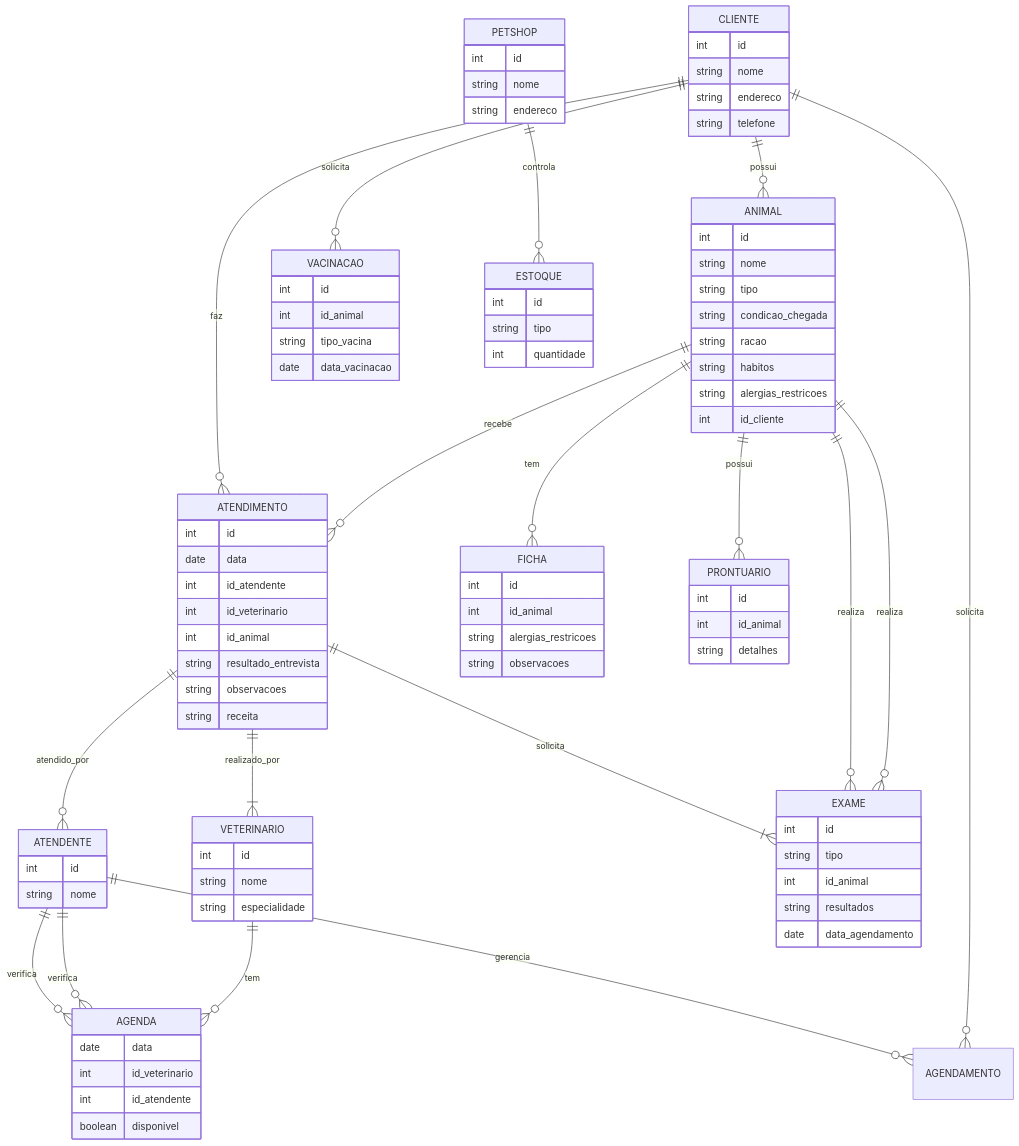
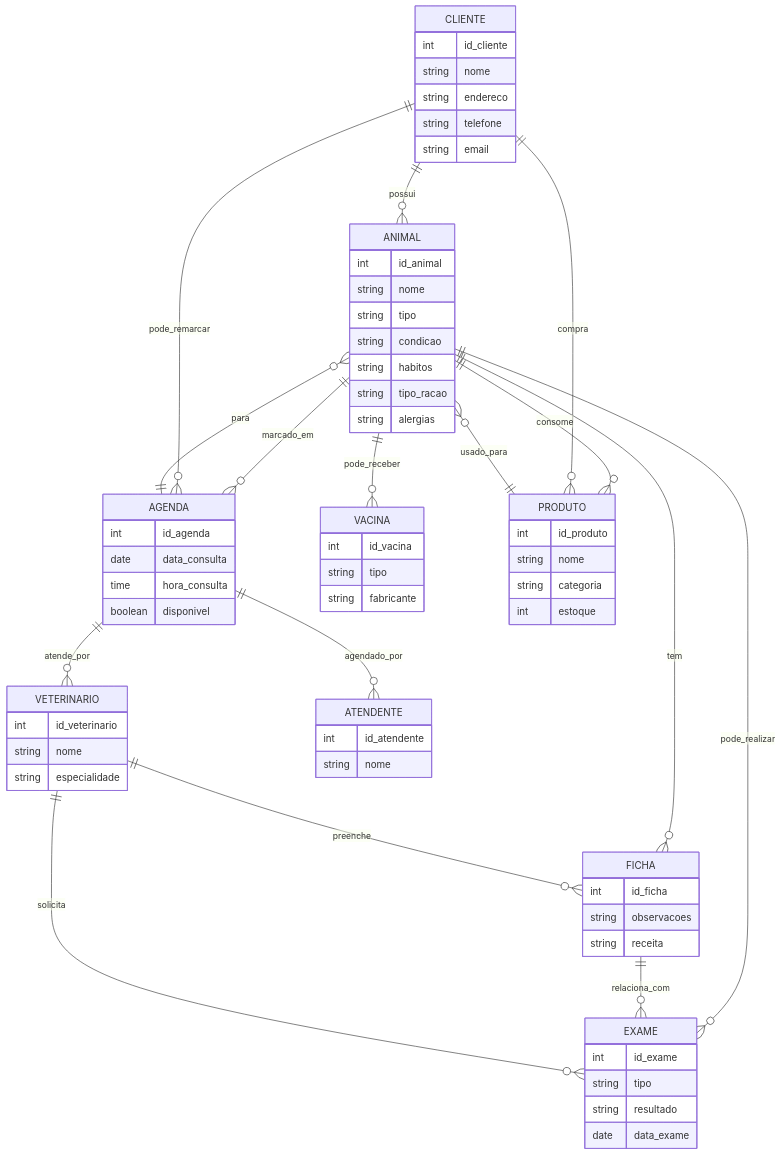
Before and after one commit to VitorSauzen/vitor_emanuel: the first of 2 diagrams in README.md, drawn with Mermaid. The commit also changed other lines of this file and 2 other files, not shown here.

````diff
--- a/README.md
+++ b/README.md
@@ -76,107 +123,80 @@
 ```mermaid
 erDiagram
     CLIENTE {
-        int id
+        int id_cliente
         string nome
         string endereco
         string telefone
+        string email
     }
-
+    
     ANIMAL {
-        int id
+        int id_animal
         string nome
         string tipo
-        string condicao_chegada
-        string racao
+        string condicao
         string habitos
-        string alergias_restricoes
-        int id_cliente
+        string tipo_racao
+        string alergias
     }
-
+    
     VETERINARIO {
-        int id
+        int id_veterinario
         string nome
         string especialidade
     }
-
+    
     ATENDENTE {
-        int id
+        int id_atendente
         string nome
     }
 
-    ATENDIMENTO {
-        int id
-        date data
-        int id_atendente
-        int id_veterinario
-        int id_animal
-        string resultado_entrevista
+    FICHA {
+        int id_ficha
         string observacoes
         string receita
     }
 
-    FICHA {
-        int id
-        int id_animal
-        string alergias_restricoes
-        string observacoes
-    }
-
-    PRONTUARIO {
-        int id
-        int id_animal
-        string detalhes
-    }
-
     EXAME {
-        int id
+        int id_exame
         string tipo
-        int id_animal
-        string resultados
-        date data_agendamento
+        string resultado
+        date data_exame
     }
 
     AGENDA {
-        date data
-        int id_veterinario
-        int id_atendente
+        int id_agenda
+        date data_consulta
+        time hora_consulta
         boolean disponivel
     }
 
-    VACINACAO {
-        int id
-        int id_animal
-        string tipo_vacina
-        date data_vacinacao
+    VACINA {
+        int id_vacina
+        string tipo
+        string fabricante
+    }
+    
+    PRODUTO {
+        int id_produto
+        string nome
+        string categoria
+        int estoque
     }
 
-    PETSHOP {
-        int id
-        string nome
-        string endereco
-    }
-
-    ESTOQUE {
-        int id
-        string tipo
-        int quantidade
-    }
-
-    CLIENTE ||--o{ ANIMAL : possui
-    ANIMAL ||--o{ ATENDIMENTO : recebe
-    ATENDIMENTO ||--|{ VETERINARIO : realizado_por
-    ATENDIMENTO ||--o{ ATENDENTE : atendido_por
-    ANIMAL ||--o{ FICHA : tem
-    ANIMAL ||--o{ PRONTUARIO : possui
-    ANIMAL ||--o{ EXAME : realiza
-    VETERINARIO ||--o{ AGENDA : tem
-    ATENDENTE ||--o{ AGENDA : verifica
-    CLIENTE ||--o{ VACINACAO : solicita
-    PETSHOP ||--o{ ESTOQUE : controla
-    ANIMAL ||--o{ EXAME : realiza
-    ATENDIMENTO ||--|{ EXAME : solicita
-    ATENDENTE ||--o{ AGENDA : verifica
-    CLIENTE ||--o{ ATENDIMENTO : faz
-    CLIENTE ||--o{ AGENDAMENTO : solicita
-    ATENDENTE ||--o{ AGENDAMENTO : gerencia
-```  
+    CLIENTE ||--o{ ANIMAL : "possui"
+    ANIMAL ||--o{ FICHA : "tem"
+    ANIMAL ||--o{ VACINA : "pode_receber"
+    ANIMAL ||--o{ EXAME : "pode_realizar"
+    ANIMAL ||--o{ AGENDA : "marcado_em"
+    ANIMAL ||--o{ PRODUTO : "consome"
+    FICHA ||--o{ EXAME : "relaciona_com"
+    AGENDA ||--o{ VETERINARIO : "atende_por"
+    AGENDA ||--o{ ATENDENTE : "agendado_por"
+    VETERINARIO ||--o{ EXAME : "solicita"
+    CLIENTE ||--o{ AGENDA : "pode_remarcar"
+    PRODUTO ||--o{ ANIMAL : "usado_para"
+    CLIENTE ||--o{ PRODUTO : "compra"
+    VETERINARIO ||--o{ FICHA : "preenche"
+    AGENDA ||--o{ ANIMAL : "para"
+```
````
